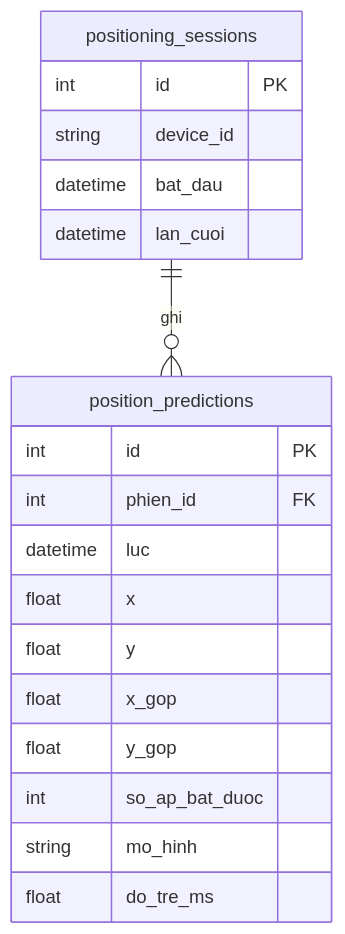
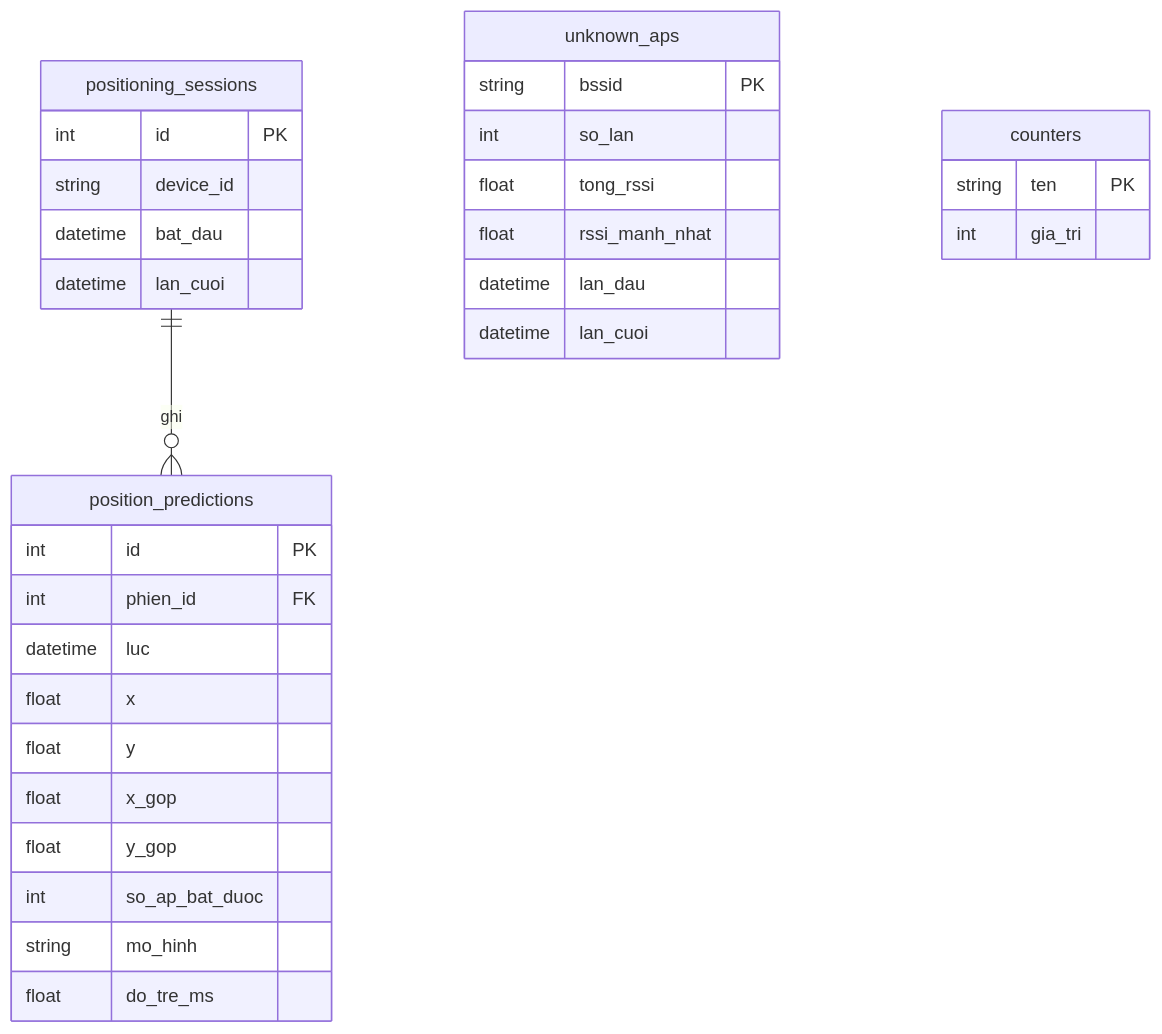
One commit to DoAnTotNghiep-Indoor/Indoor_Positoning_System-DATN changed the third of 3 diagrams in docs/thiet_ke_he_thong.md. Above: the diagram before and after it, drawn with Mermaid. The commit also changed other lines of this file and 16 other files, not shown here.

````diff
--- a/docs/thiet_ke_he_thong.md
+++ b/docs/thiet_ke_he_thong.md
@@ -209,22 +209,34 @@
 ```mermaid
 erDiagram
   positioning_sessions ||--o{ position_predictions : ghi
   positioning_sessions {
     int id PK
     string device_id
     datetime bat_dau
     datetime lan_cuoi
   }
   position_predictions {
     int id PK
     int phien_id FK
     datetime luc
     float x
     float y
     float x_gop
     float y_gop
     int so_ap_bat_duoc
     string mo_hinh
     float do_tre_ms
   }
+  unknown_aps {
+    string bssid PK
+    int so_lan
+    float tong_rssi
+    float rssi_manh_nhat
+    datetime lan_dau
+    datetime lan_cuoi
+  }
+  counters {
+    string ten PK
+    int gia_tri
+  }
 ```
````
